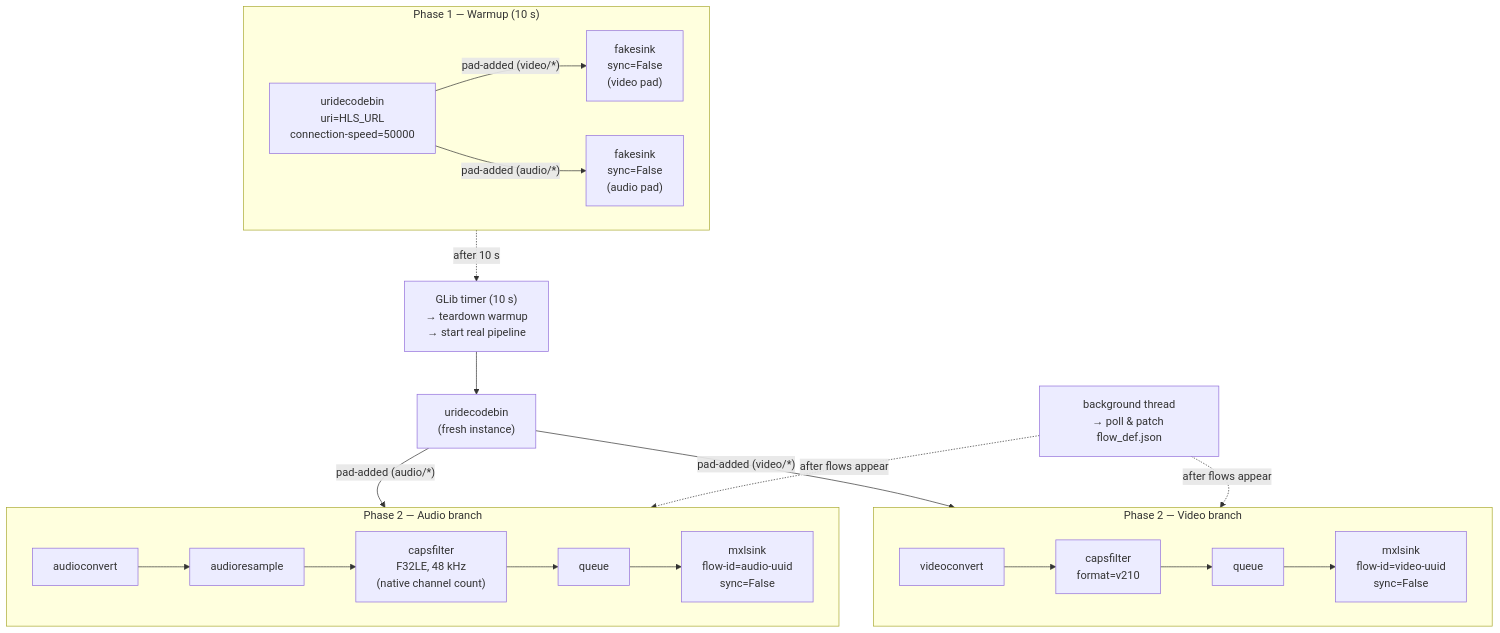
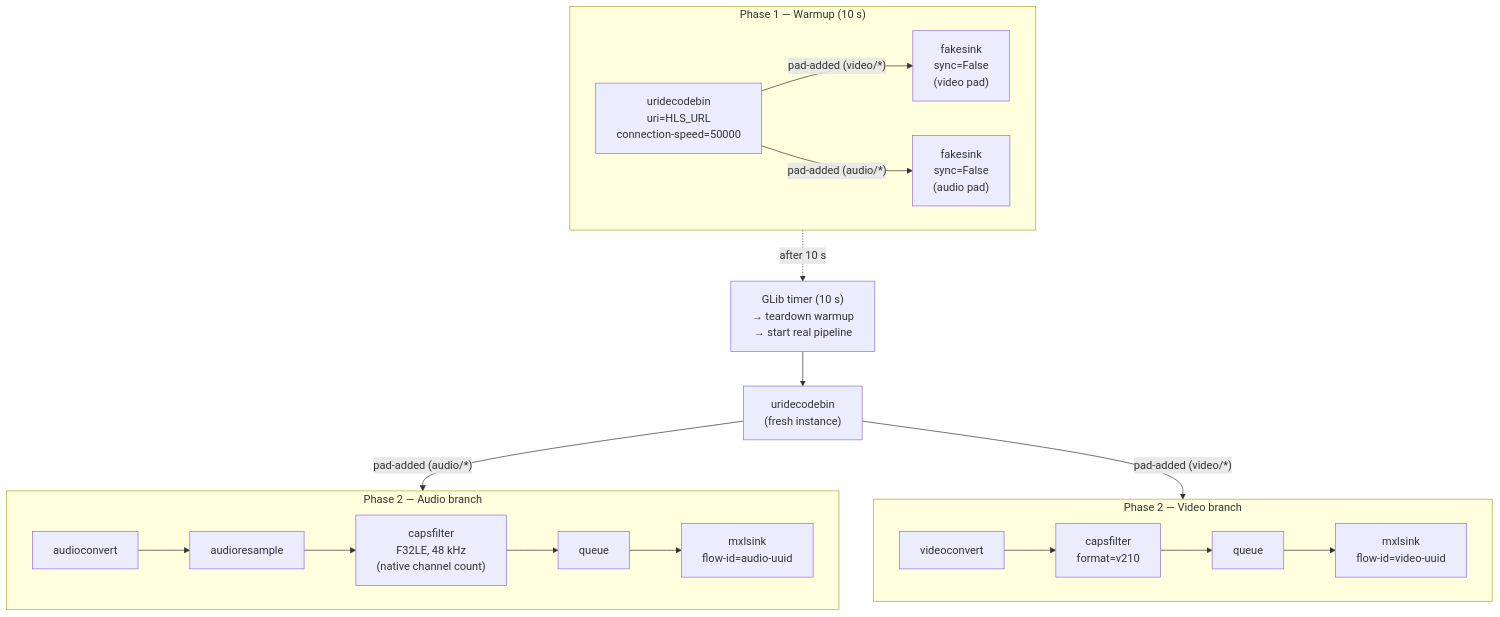
The sixth of 9 diagrams in gst-apps/gstreamer-pipeline.md (cbcrc/mxl-hands-on), drawn with Mermaid before and after one commit. The commit also changed other lines of this file and 19 other files, not shown here.

First line of the commit message:
Write flow metadata through mxlsink, and fix the MXL v1.1 fallout

````diff
--- a/gst-apps/gstreamer-pipeline.md
+++ b/gst-apps/gstreamer-pipeline.md
@@ -621,43 +625,40 @@
 ```mermaid
 flowchart TB
     subgraph warmup["Phase 1 — Warmup (10 s)"]
         direction LR
         wsrc["uridecodebin\nuri=HLS_URL\nconnection-speed=50000"]
         wfs1["fakesink\nsync=False\n(video pad)"]
         wfs2["fakesink\nsync=False\n(audio pad)"]
         wsrc -- "pad-added (video/*)" --> wfs1
         wsrc -- "pad-added (audio/*)" --> wfs2
     end
 
     timer["GLib timer (10 s)\n→ teardown warmup\n→ start real pipeline"]
     warmup -. "after 10 s" .-> timer
 
     subgraph video_branch["Phase 2 — Video branch"]
         direction LR
         vconv["videoconvert"]
         vcaps["capsfilter\nformat=v210"]
         vqueue["queue"]
-        vsink["mxlsink\nflow-id=video-uuid\nsync=False"]
+        vsink["mxlsink\nflow-id=video-uuid"]
 
         vconv --> vcaps --> vqueue --> vsink
     end
 
     subgraph audio_branch["Phase 2 — Audio branch"]
         direction LR
         aconv["audioconvert"]
         aresample["audioresample"]
         acaps["capsfilter\nF32LE, 48 kHz\n(native channel count)"]
         aqueue["queue"]
-        asink["mxlsink\nflow-id=audio-uuid\nsync=False"]
+        asink["mxlsink\nflow-id=audio-uuid"]
 
         aconv --> aresample --> acaps --> aqueue --> asink
     end
 
     src2["uridecodebin\n(fresh instance)"]
     timer --> src2
     src2 -- "pad-added (video/*)" --> vconv
     src2 -- "pad-added (audio/*)" --> aconv
-
-    patch["background thread\n→ poll & patch flow_def.json"] -. "after flows appear" .-> vsink
-    patch -. "after flows appear" .-> asink
 ```
````
